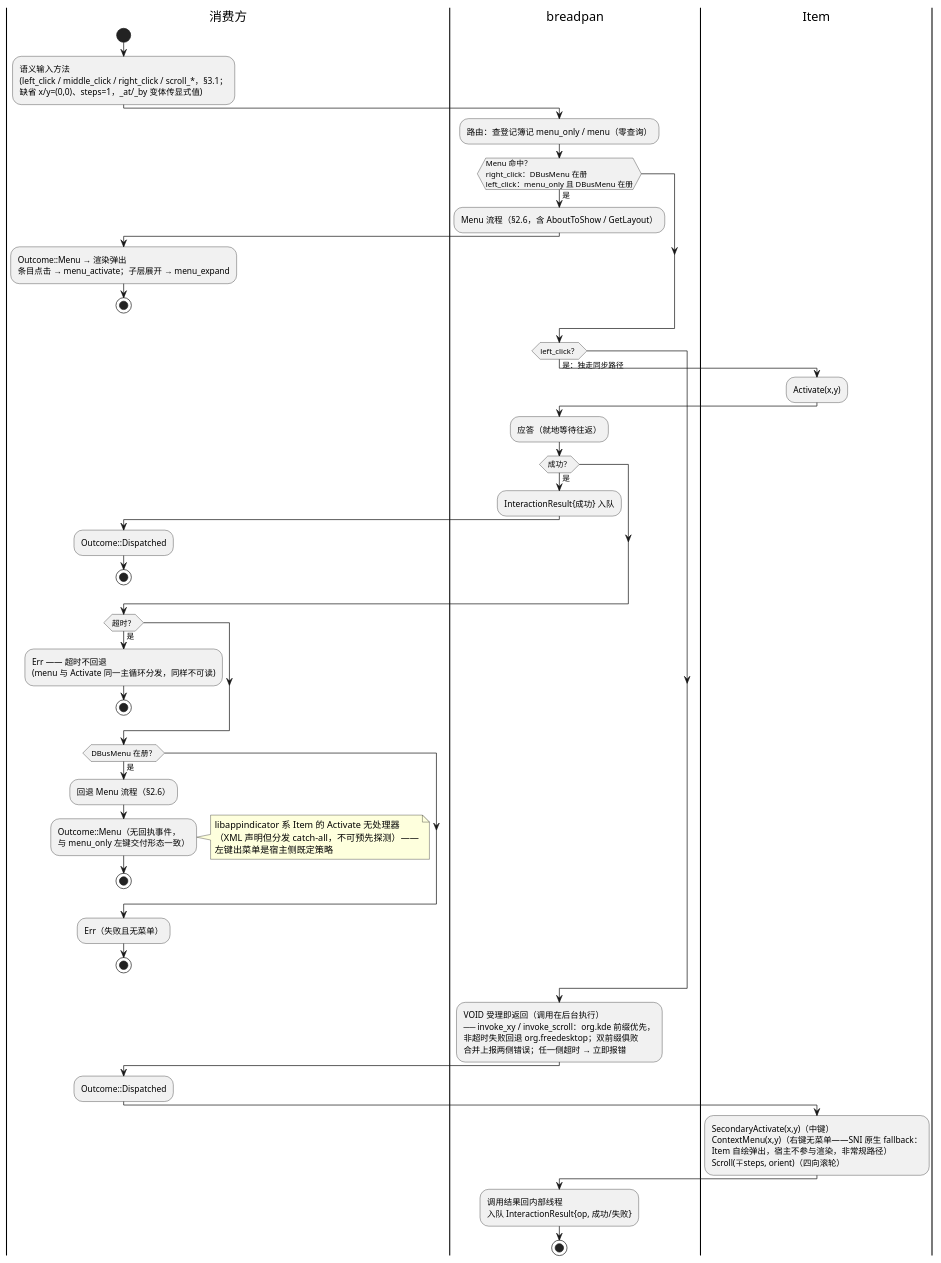
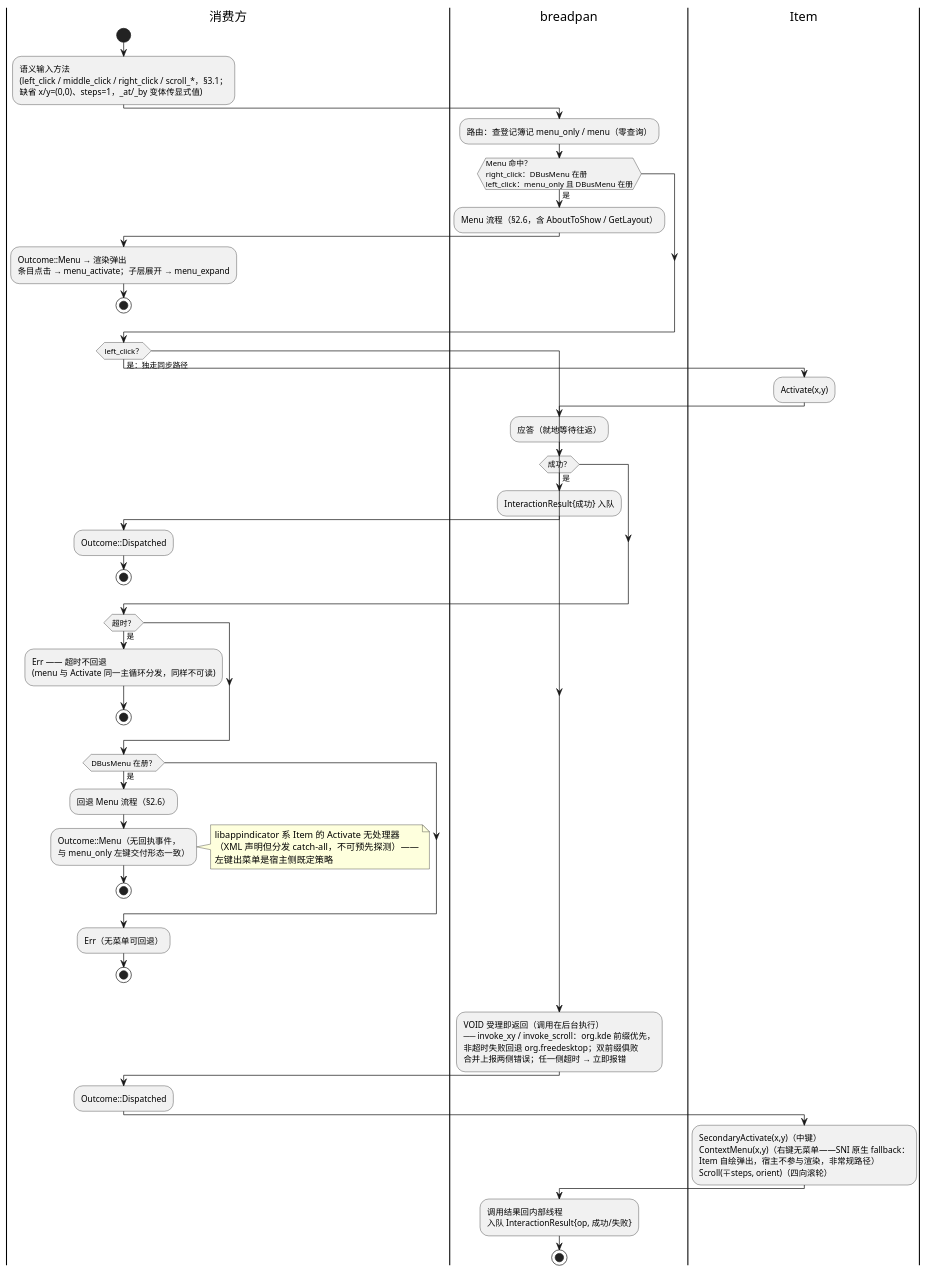
The diagram in diagram/breadpan-input-routing.puml (54m43lJ/BreadKnife), drawn with PlantUML before and after one commit. The commit also changed 7 other files, not shown here.

First line of the commit message:
style: 图容器回归 pre 形态；活动图卫语句纵向布局

```diff
--- a/diagram/breadpan-input-routing.puml
+++ b/diagram/breadpan-input-routing.puml
@@ -1,67 +1,65 @@
 @startuml breadpan-input-routing
 |消费方|
 start
 :语义输入方法
 (left_click / middle_click / right_click / scroll_*，§3.1；
 缺省 x/y=(0,0)、steps=1，_at/_by 变体传显式值);
 |breadpan|
 :路由：查登记簿记 menu_only / menu（零查询）;
-if (Menu 命中？\nright_click：DBusMenu 在册
-left_click：menu_only 且 DBusMenu 在册) then (是)
+if (Menu 命中？\nright_click：DBusMenu 在册\nleft_click：menu_only 且 DBusMenu 在册) then (是)
   :Menu 流程（§2.6，含 AboutToShow / GetLayout）;
   |消费方|
   :Outcome::Menu → 渲染弹出
   条目点击 → menu_activate；子层展开 → menu_expand;
   stop
 endif
-|breadpan|
 if (left_click？) then (是：独走同步路径)
   |Item|
   :Activate(x,y);
   |breadpan|
   :应答（就地等待往返）;
   if (成功？) then (是)
     :InteractionResult{成功} 入队;
     |消费方|
     :Outcome::Dispatched;
     stop
   endif
   if (超时？) then (是)
     |消费方|
     :Err —— 超时不回退
     (menu 与 Activate 同一主循环分发，同样不可读);
     stop
   endif
   if (DBusMenu 在册？) then (是)
     :回退 Menu 流程（§2.6）;
     |消费方|
     :Outcome::Menu（无回执事件，
     与 menu_only 左键交付形态一致）;
     note right
       libappindicator 系 Item 的 Activate 无处理器
       （XML 声明但分发 catch-all，不可预先探测）——
       左键出菜单是宿主侧既定策略
     end note
     stop
   endif
   |消费方|
-  :Err（失败且无菜单）;
+  :Err（无菜单可回退）;
   stop
 endif
 |breadpan|
 :VOID 受理即返回（调用在后台执行）
 ── invoke_xy / invoke_scroll：org.kde 前缀优先，
 非超时失败回退 org.freedesktop；双前缀俱败
 合并上报两侧错误；任一侧超时 → 立即报错;
 |消费方|
 :Outcome::Dispatched;
 |Item|
 :SecondaryActivate(x,y)（中键）
 ContextMenu(x,y)（右键无菜单——SNI 原生 fallback：
 Item 自绘弹出，宿主不参与渲染，非常规路径）
 Scroll(∓steps, orient)（四向滚轮）;
 |breadpan|
 :调用结果回内部线程
 入队 InteractionResult{op, 成功/失败};
 stop
 @enduml
```
